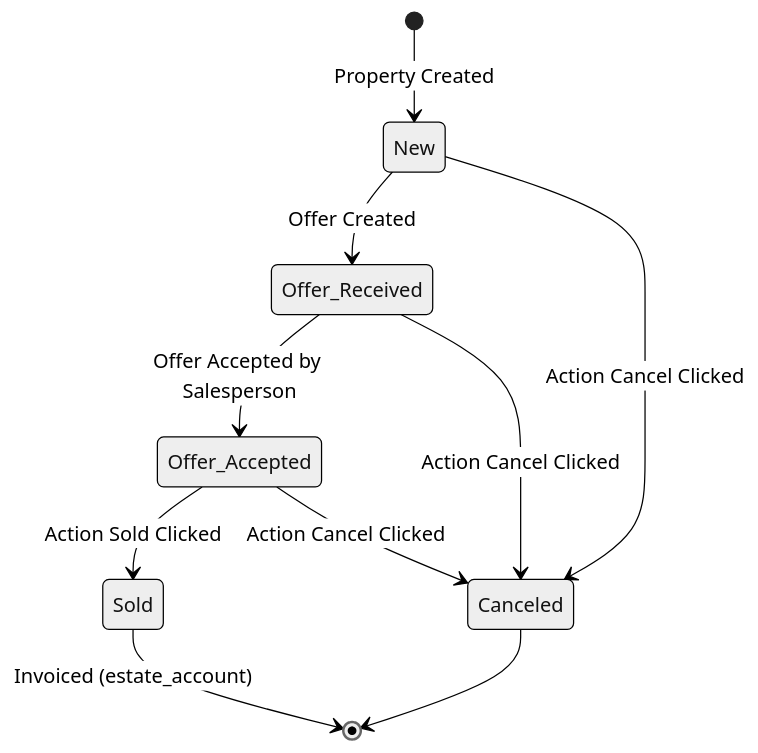
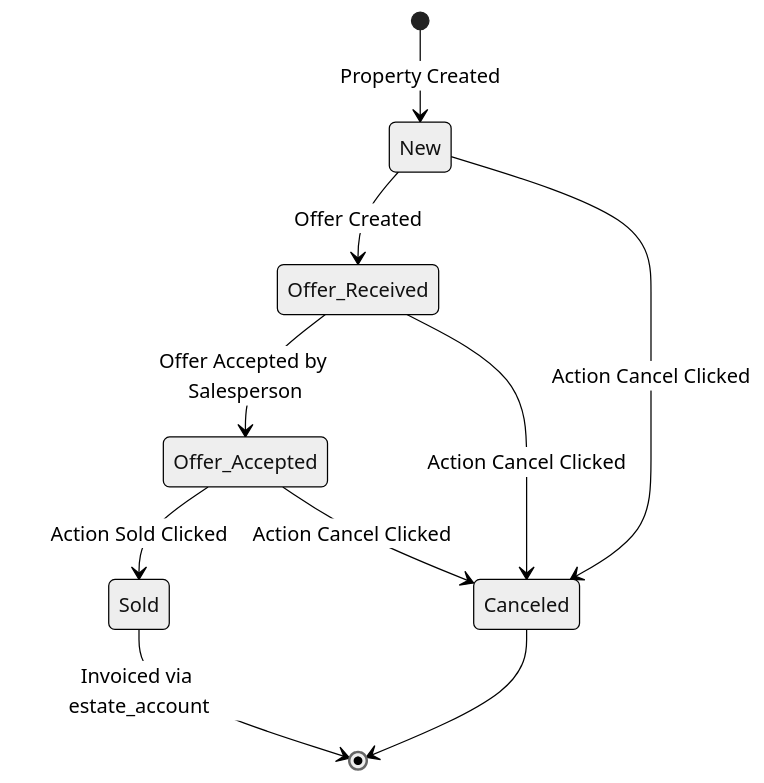
The third of 5 diagrams in DOCUMENTATION.md (catmuf/Real-Estate-Odoo-19.4), drawn with Mermaid (neutral theme) before and after one commit. The commit also changed other lines of this file and 1 other file, not shown here.

Commit message:
Fix Mermaid flowchart link text to prevent parenthesis parsing error

````diff
--- a/DOCUMENTATION.md
+++ b/DOCUMENTATION.md
@@ -156,12 +156,12 @@
 ```mermaid
 stateDiagram-v2
     [*] --> New : Property Created
     New --> Offer_Received : Offer Created
     Offer_Received --> Offer_Accepted : Offer Accepted by Salesperson
     Offer_Received --> Canceled : Action Cancel Clicked
     New --> Canceled : Action Cancel Clicked
     Offer_Accepted --> Sold : Action Sold Clicked
     Offer_Accepted --> Canceled : Action Cancel Clicked
-    Sold --> [*] : Invoiced (estate_account)
+    Sold --> [*] : Invoiced via estate_account
     Canceled --> [*]
 ```
````
